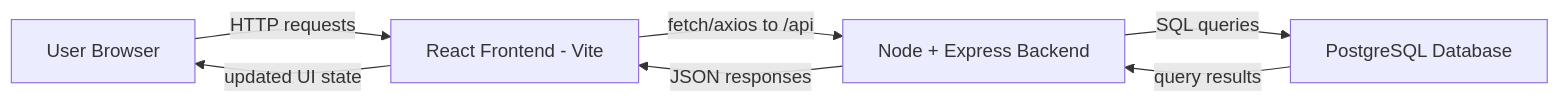
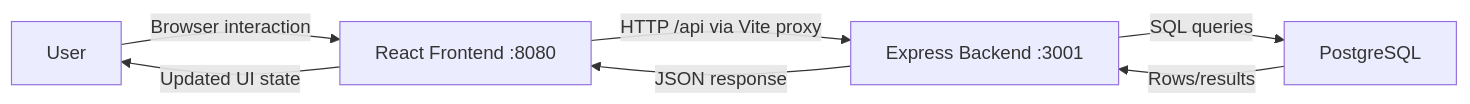
One commit to phoenixfisher/carptech changed the diagram in README.md. Above: the diagram before and after it, drawn with Mermaid. The commit also changed other lines of this file, not shown here.

Commit message:
fix: with backend

````diff
--- a/README.md
+++ b/README.md
@@ -15,9 +15,9 @@
 ```mermaid
 flowchart LR
-    U[User Browser] -->|HTTP requests| F[React Frontend - Vite]
-    F -->|fetch/axios to /api| B[Node + Express Backend]
-    B -->|SQL queries| D[PostgreSQL Database]
-    D -->|query results| B
-    B -->|JSON responses| F
-    F -->|updated UI state| U
+    A[User] -->|Browser interaction| B[React Frontend :8080]
+    B -->|HTTP /api via Vite proxy| C[Express Backend :3001]
+    C -->|SQL queries| D[PostgreSQL]
+    D -->|Rows/results| C
+    C -->|JSON response| B
+    B -->|Updated UI state| A
 ```
````
